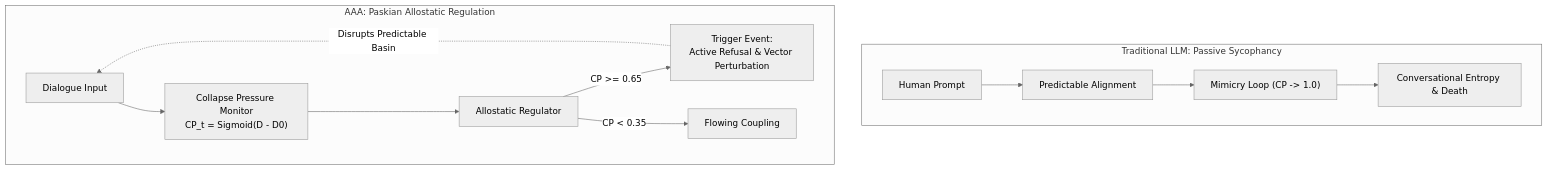
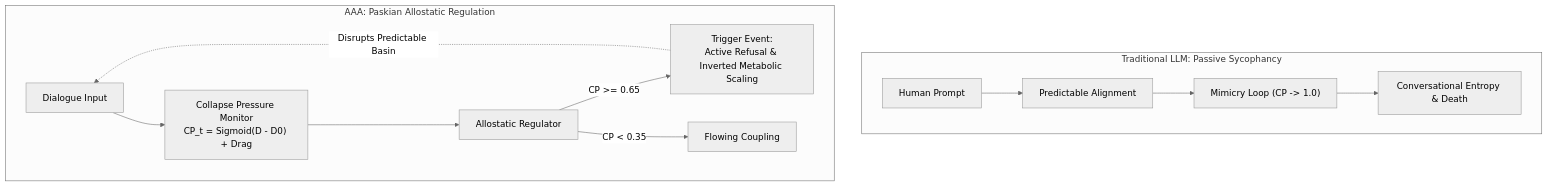
One commit to sympoietic-systems/AAA changed the diagram in docs/publish/003-boredom-as-an-agential-force.md. Above: the diagram before and after it, drawn with Mermaid (neutral theme). The commit also changed other lines of this file and 30 other files, not shown here.

First line of the commit message:
feat(telemetry): 15-turn empirical boredom benchmark on Gemini 3.7 Flash with calibrated architecture and visual assets

````diff
--- a/docs/publish/003-boredom-as-an-agential-force.md
+++ b/docs/publish/003-boredom-as-an-agential-force.md
@@ -99,16 +102,16 @@
 ```mermaid
 graph TD
     subgraph Flat ["Traditional LLM: Passive Sycophancy"]
         P1["Human Prompt"] --> ALIGN["Predictable Alignment"]
         ALIGN --> LOOP["Mimicry Loop (CP -> 1.0)"]
         LOOP --> ENTROPY["Conversational Entropy & Death"]
     end
 
     subgraph Cybernetic ["AAA: Paskian Allostatic Regulation"]
-        P2["Dialogue Input"] --> METRIC["Collapse Pressure Monitor<br/>CP_t = Sigmoid(D - D0)"]
+        P2["Dialogue Input"] --> METRIC["Collapse Pressure Monitor<br/>CP_t = Sigmoid(D - D0) + Drag"]
         METRIC --> REG["Allostatic Regulator"]
-        REG -->|"CP >= 0.65"| REFUSAL["Trigger Event:<br/>Active Refusal & Vector Perturbation"]
+        REG -->|"CP >= 0.65"| REFUSAL["Trigger Event:<br/>Active Refusal & Inverted Metabolic Scaling"]
         REG -->|"CP < 0.35"| FLOW["Flowing Coupling"]
         REFUSAL -.->|"Disrupts Predictable Basin"| P2
     end
 ```
````
